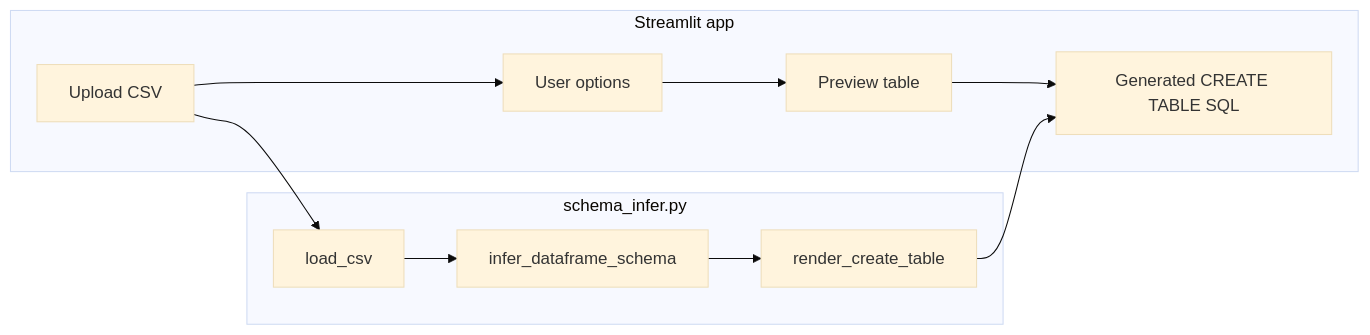
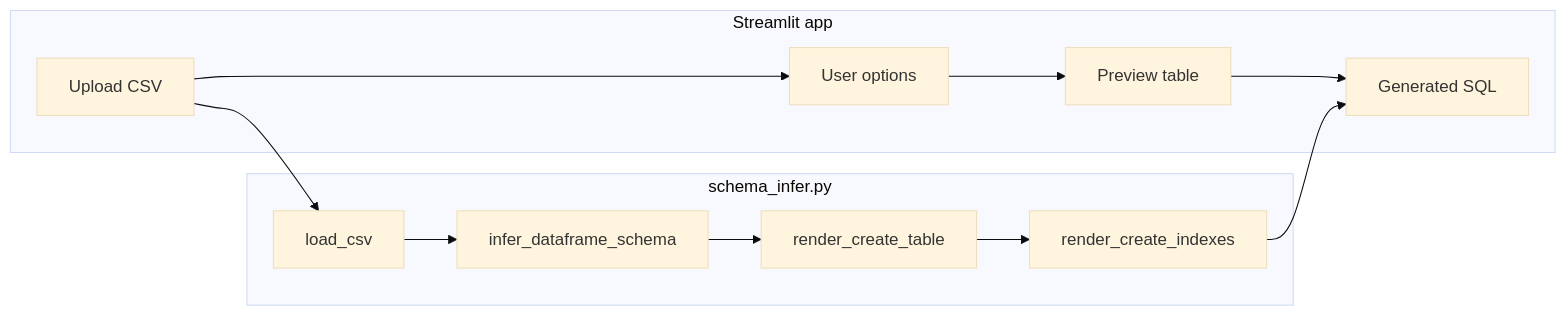
The diagram in README.md (HorrendousCoderII/CSV-TO-SQL-SERVER-DDL), drawn with Mermaid (base theme) before and after one commit. The commit also changed other lines of this file and 3 other files, not shown here.

````diff
--- a/README.md
+++ b/README.md
@@ -24,14 +24,15 @@
 ```mermaid
 flowchart LR
   subgraph ui [Streamlit app]
     A[Upload CSV] --> B[User options]
     B --> C[Preview table]
-    C --> D[Generated CREATE TABLE SQL]
+    C --> D[Generated SQL]
   end
   subgraph core [schema_infer.py]
     E[load_csv] --> F[infer_dataframe_schema]
     F --> G[render_create_table]
+    G --> H[render_create_indexes]
   end
   A --> E
-  G --> D
+  H --> D
 ```
````
